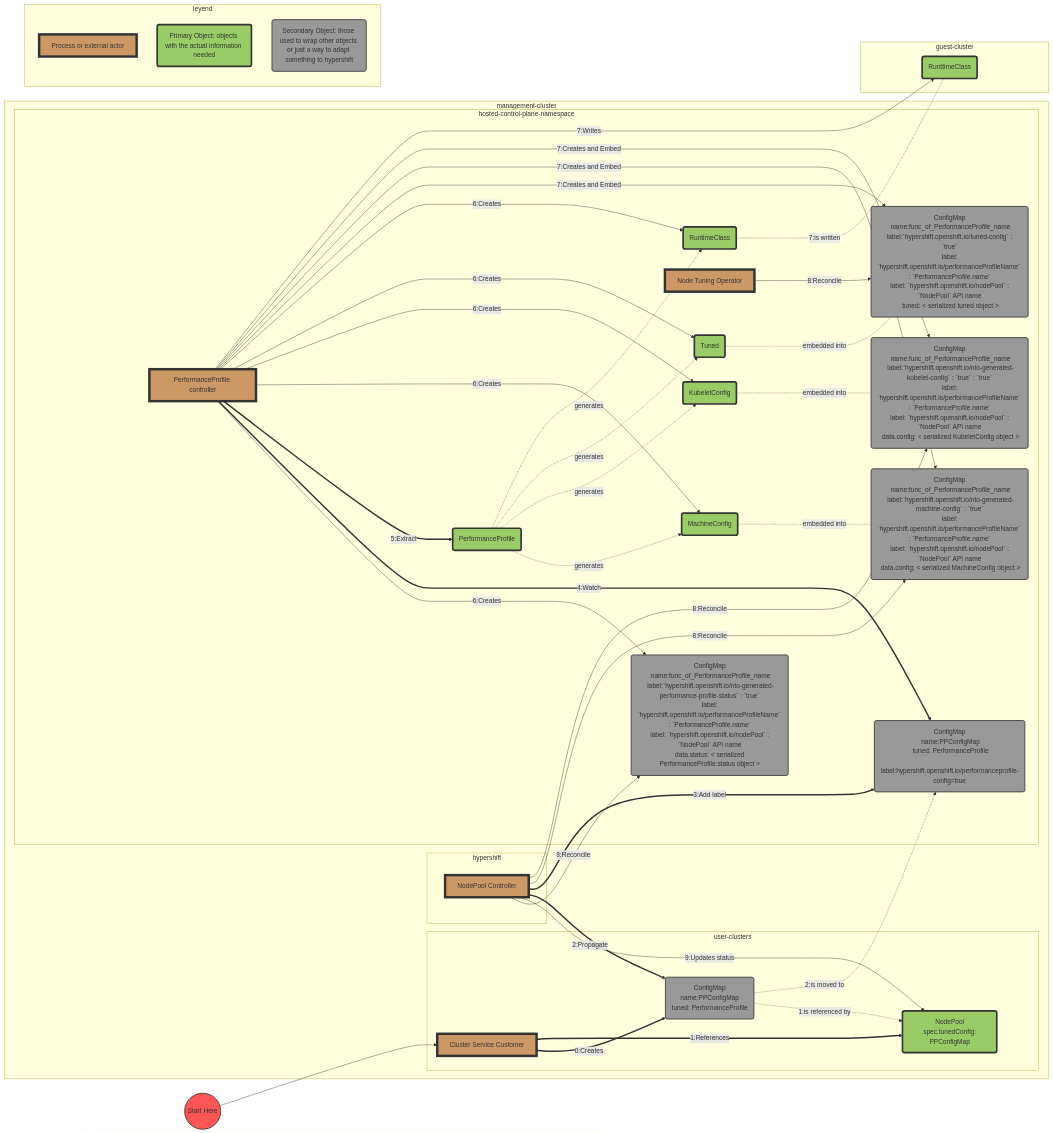
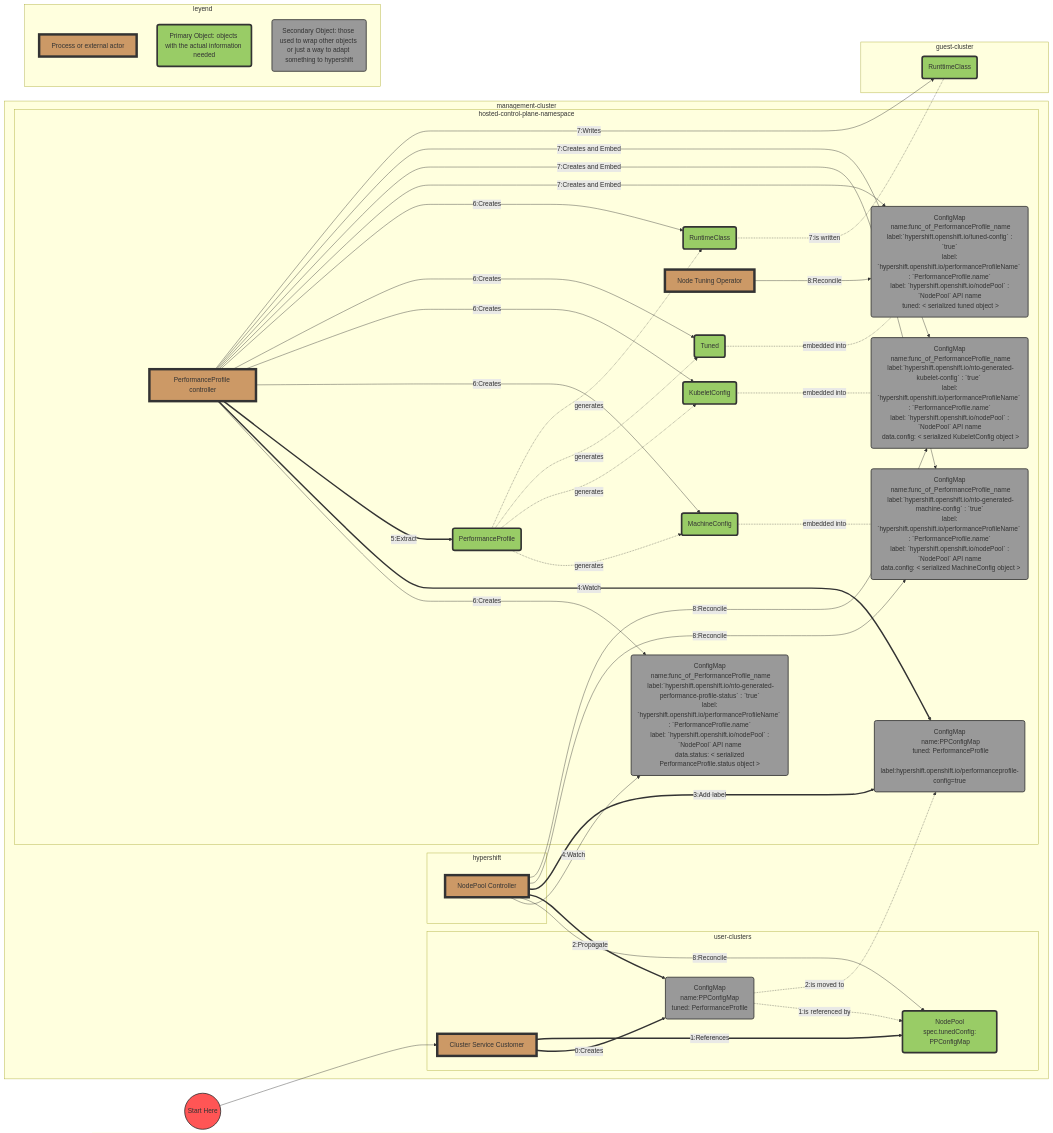
One commit to openshift/enhancements changed the first of 2 diagrams in enhancements/hypershift/performanceprofilecontroller-node-tuning.md. Above: the diagram before and after it, drawn with Mermaid. The commit also changed other lines of this file, not shown here.

Commit message:
Addressing typos
Fixing some typos in this doc.

````diff
--- a/enhancements/hypershift/performanceprofilecontroller-node-tuning.md
+++ b/enhancements/hypershift/performanceprofilecontroller-node-tuning.md
@@ -167,82 +167,82 @@
 ```mermaid
 graph LR;
     StartHere((Start Here))
     StartHere--> ClusterServiceCustomer
     subgraph management-cluster
         ClusterServiceCustomer[Cluster Service Customer]
         PP_ConfigMap(ConfigMap<br> name:PPConfigMap<br> tuned: PerformanceProfile)
         
         NodePool_A(NodePool<br> spec.tunedConfig: PPConfigMap)
         subgraph hypershift
             NodePoolController[NodePool Controller]
         end
         subgraph user-clusters
             ClusterServiceCustomer ==>|0:Creates|PP_ConfigMap
             ClusterServiceCustomer ==>|1:References|NodePool_A
             PP_ConfigMap-. 1:is referenced by .->NodePool_A
         end
 
         subgraph hosted-control-plane-namespace
-            NodePoolController -->|8:Reconcile| PP_Status(ConfigMap<br> name:func_of_PerformanceProfile_name<br> label:`hypershift.openshift.io/nto-generated-performance-profile-status` : `true`<br> label: `hypershift.openshift.io/performanceProfileName` : `PerformanceProfile.name`<br> label: `hypershift.openshift.io/nodePool` : `NodePool` API name<br> data.status: < serialized PerformanceProfile.status object >)
+            NodePoolController -->|4:Watch| PP_Status(ConfigMap<br> name:func_of_PerformanceProfile_name<br> label:`hypershift.openshift.io/nto-generated-performance-profile-status` : `true`<br> label: `hypershift.openshift.io/performanceProfileName` : `PerformanceProfile.name`<br> label: `hypershift.openshift.io/nodePool` : `NodePool` API name<br> data.status: < serialized PerformanceProfile.status object >)
             PPController-->|6:Creates|PP_Status
-            NodePoolController -->|9:Updates status| NodePool_A
+            NodePoolController -->|8:Reconcile| NodePool_A
 
             NodePoolController ==>|2:Propagate|PP_ConfigMap(ConfigMap<br> name:PPConfigMap<br> tuned: PerformanceProfile)
             NodePoolController ==>|3:Add label|PP_ConfigMap_01(ConfigMap<br> name:PPConfigMap<br> tuned: PerformanceProfile<br> label:hypershift.openshift.io/performanceprofile-config=true)
             PP_ConfigMap-. 2:is moved to .->PP_ConfigMap_01
             PPController[PerformanceProfile controller]==>|4:Watch|PP_ConfigMap_01
             PPController==>|5:Extract|PP_01(PerformanceProfile)
             PPController-->|6:Creates|MC_01(MachineConfig)
             PPController-->|6:Creates|KC_01(KubeletConfig)
             PPController-->|6:Creates|Tuned_01(Tuned)
             PPController-->|6:Creates|RTC_01(RuntimeClass)
             PP_01-. generates .->MC_01
             PP_01-. generates .->KC_01
             PP_01-. generates .->Tuned_01
             PP_01-. generates .->RTC_01
             %%Note>note: addinfo here]-.-PP_01
             
             PPController-->|7:Creates and Embed|Tuned_CM(ConfigMap<br> name:func_of_PerformanceProfile_name<br> label:`hypershift.openshift.io/tuned-config` : `true`<br> label: `hypershift.openshift.io/performanceProfileName` : `PerformanceProfile.name`<br> label: `hypershift.openshift.io/nodePool` : `NodePool` API name<br> tuned: < serialized tuned object >)
             Tuned_01-. embedded into .-Tuned_CM
 
             PPController-->|7:Creates and Embed|MC_CM(ConfigMap<br> name:func_of_PerformanceProfile_name<br> label:`hypershift.openshift.io/nto-generated-machine-config` : `true`<br> label: `hypershift.openshift.io/performanceProfileName` : `PerformanceProfile.name`<br> label: `hypershift.openshift.io/nodePool` : `NodePool` API name<br> data.config: < serialized MachineConfig object >)
             MC_01-. embedded into .-MC_CM
 
-            PPController-->|7:Creates and Embed|KC_CM(ConfigMap<br> name:func_of_PerformanceProfile_name<br> label:`hypershift.openshift.io/nto-generated-kubelet-config` : `true` : `true`<br> label: `hypershift.openshift.io/performanceProfileName` : `PerformanceProfile.name`<br> label: `hypershift.openshift.io/nodePool` : `NodePool` API name<br> data.config: < serialized KubeletConfig object >)
+            PPController-->|7:Creates and Embed|KC_CM(ConfigMap<br> name:func_of_PerformanceProfile_name<br> label:`hypershift.openshift.io/nto-generated-kubelet-config` : `true` <br> label: `hypershift.openshift.io/performanceProfileName` : `PerformanceProfile.name`<br> label: `hypershift.openshift.io/nodePool` : `NodePool` API name<br> data.config: < serialized KubeletConfig object >)
             KC_01-. embedded into .-KC_CM
 
 
             
 
             NTO[Node Tuning Operator]-->|8:Reconcile|Tuned_CM
             NodePoolController -->|8:Reconcile|MC_CM
             NodePoolController -->|8:Reconcile|KC_CM
         end
     end
     subgraph guest-cluster
             PPController-->|7:Writes|RTC_02(RunttimeClass)
             RTC_01-. 7:is written .-RTC_02
     end
 
 classDef actor fill:#c96,stroke:#333,stroke-width:6px
 classDef object_prim fill:#9c6,stroke:#333,stroke-width:4px
 classDef object_sec fill:#999,stroke:#333,stroke-width:2px
 classDef starthere fill:#f55,stroke:#333,stroke-width:2px
 
 class PPController,NodePoolController,ClusterServiceCustomer,NTO actor
 
 class PP_01,RTC_01,RTC_02,MC_01,KC_01,Tuned_01,NodePool_A object_prim
 
 class PP_ConfigMap,PP_ConfigMap_01,Tuned_CM,KC_CM,MC_CM,PP_Status object_sec
 
 class StartHere starthere
 
 subgraph leyend
     AcTor[Process or external actor]
     PrimObj(Primary Object: objects with the actual information needed)
     SecObj(Secondary Object: those used to wrap other objects or just a way to adapt something to hypershift)
 end
 class AcTor actor
 class PrimObj object_prim
 class SecObj object_sec
 ```
````
